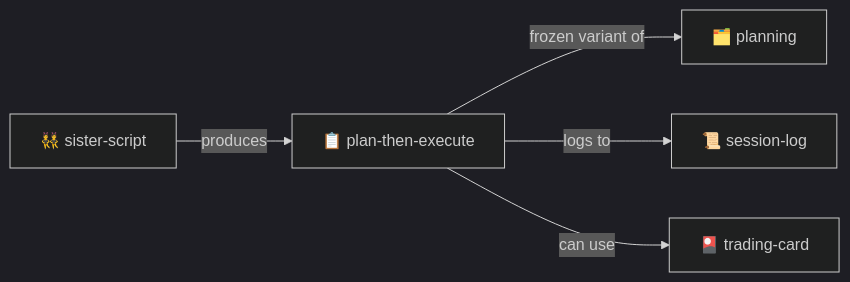
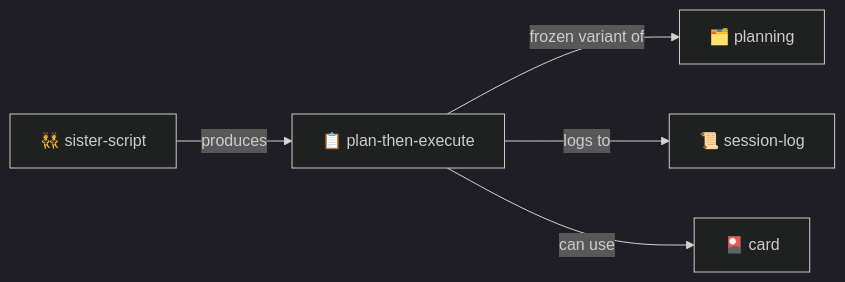
Before and after one commit to pragsmike/moollm: the diagram in skills/plan-then-execute/README.md, drawn with Mermaid (dark theme). The commit also changed 29 other files, not shown here.

````diff
--- a/skills/plan-then-execute/README.md
+++ b/skills/plan-then-execute/README.md
@@ -47,8 +47,8 @@
 ```mermaid
 graph LR
     PTE[📋 plan-then-execute] -->|frozen variant of| PL[🗂️ planning]
     PTE -->|logs to| SL[📜 session-log]
-    PTE -->|can use| TC[🎴 trading-card]
+    PTE -->|can use| TC[🎴 card]
     
     SS[👯 sister-script] -->|produces| PTE
 ```
````
